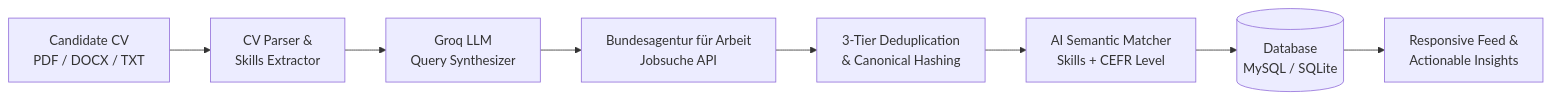
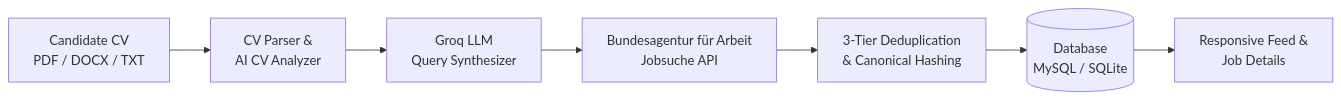
The diagram in README.md (metimol/Jobvis), drawn with Mermaid before and after one commit. The commit also changed other lines of this file and 51 other files, not shown here.

````diff
--- a/README.md
+++ b/README.md
@@ -32,10 +31,9 @@
 ```mermaid
 flowchart LR
-    A[Candidate CV<br/>PDF / DOCX / TXT] --> B[CV Parser &<br/>Skills Extractor]
+    A[Candidate CV<br/>PDF / DOCX / TXT] --> B[CV Parser &<br/>AI CV Analyzer]
     B --> C[Groq LLM<br/>Query Synthesizer]
     C --> D[Bundesagentur für Arbeit<br/>Jobsuche API]
     D --> E[3-Tier Deduplication<br/>& Canonical Hashing]
-    E --> F[AI Semantic Matcher<br/>Skills + CEFR Level]
-    F --> G[(Database<br/>MySQL / SQLite)]
-    G --> H[Responsive Feed &<br/>Actionable Insights]
+    E --> F[(Database<br/>MySQL / SQLite)]
+    F --> G[Responsive Feed &<br/>Job Details]
 ```
````
